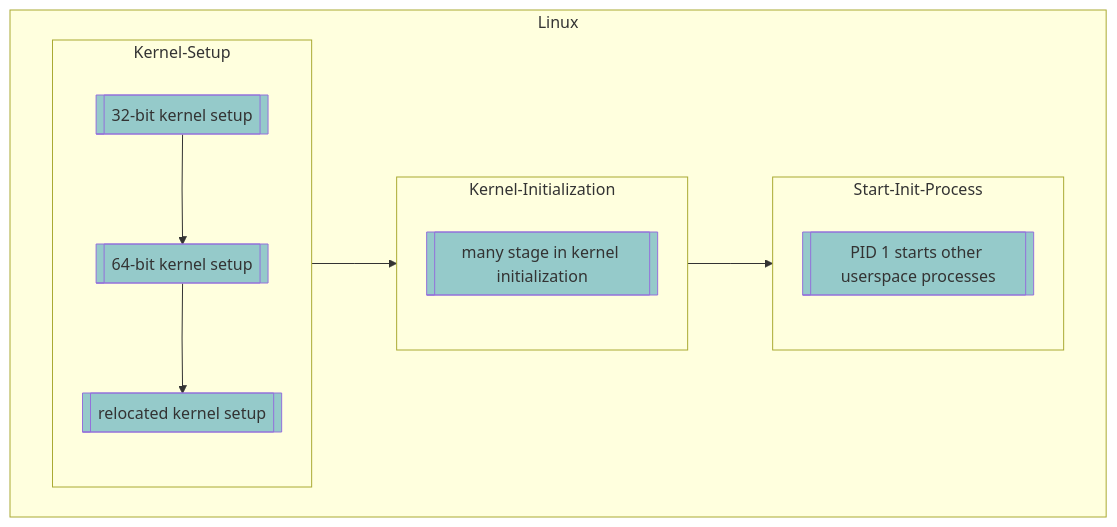
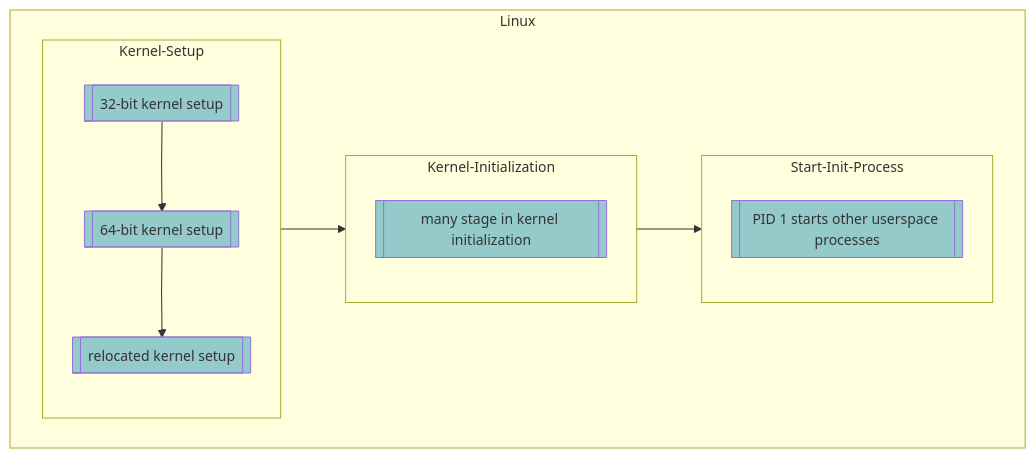
Before and after one commit to Jingyu1998/x86-64-linux-bootup: the second of 5 diagrams in README.md, drawn with Mermaid. The commit also changed other lines of this file, not shown here.

Commit message:
Update Mermaid Attribute in README.md

````diff
--- a/README.md
+++ b/README.md
@@ -88,46 +88,46 @@
 ```mermaid
 %%{init: {
   'flowchart': { 
     'nodeSpacing': 40, 
-    'rankSpacing': 60,
+    'rankSpacing': 40,
     'curve': 'linear'
   },
   'themeVariables': {
-    'fontSize': '16px',
+    'fontSize': '14px',
     'fontFamily': 'monospace'
   }
 }}%%
 flowchart TD
     %% Define Styles
     classDef StringNode fill:#95CACA
 
     %% Subgraph 
     subgraph Linux
         %% Subgraph 
         subgraph Kernel-Setup
             direction TB
             string1[["32-bit kernel setup"]]:::StringNode
             string2[["64-bit kernel setup"]]:::StringNode
             string3[["relocated kernel setup"]]:::StringNode
 
             %% Connection
             string1 --> string2 --> string3 
         end
         
         %% Subgraph 
         subgraph Kernel-Initialization
             direction TB
             string4[["many stage in kernel initialization"]]:::StringNode
         end
         
         %% Subgraph 
         subgraph Start-Init-Process
             direction TB
             string5[["PID 1 starts other userspace processes"]]:::StringNode
         end
         
         %% Connection 
         Kernel-Setup --> Kernel-Initialization 
         Kernel-Initialization --> Start-Init-Process
     end
 ```
````
